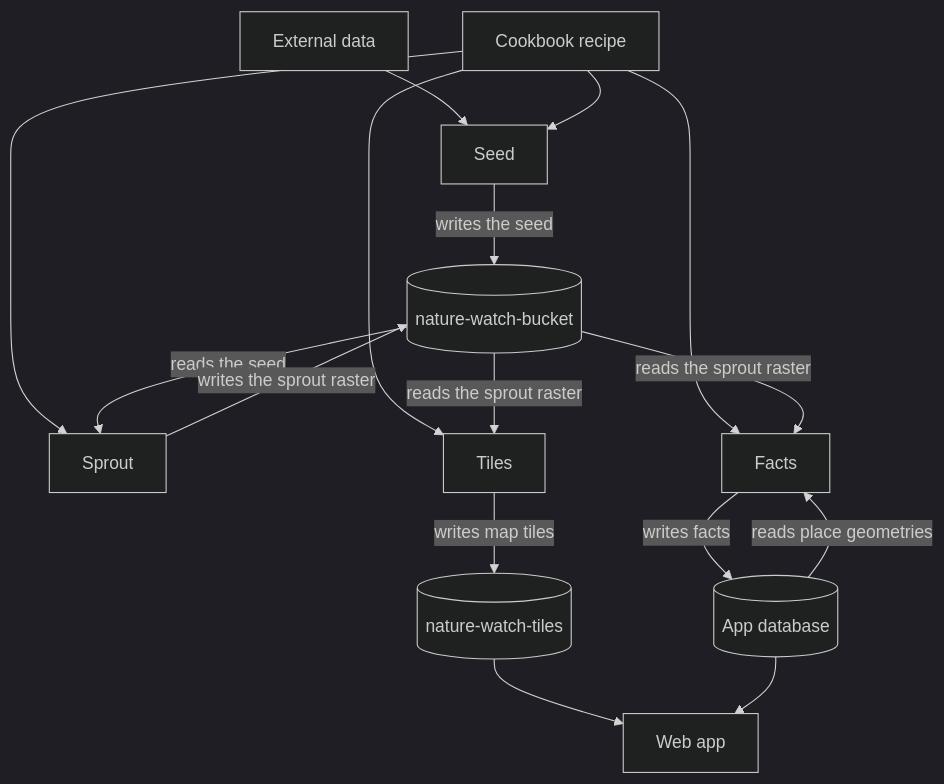
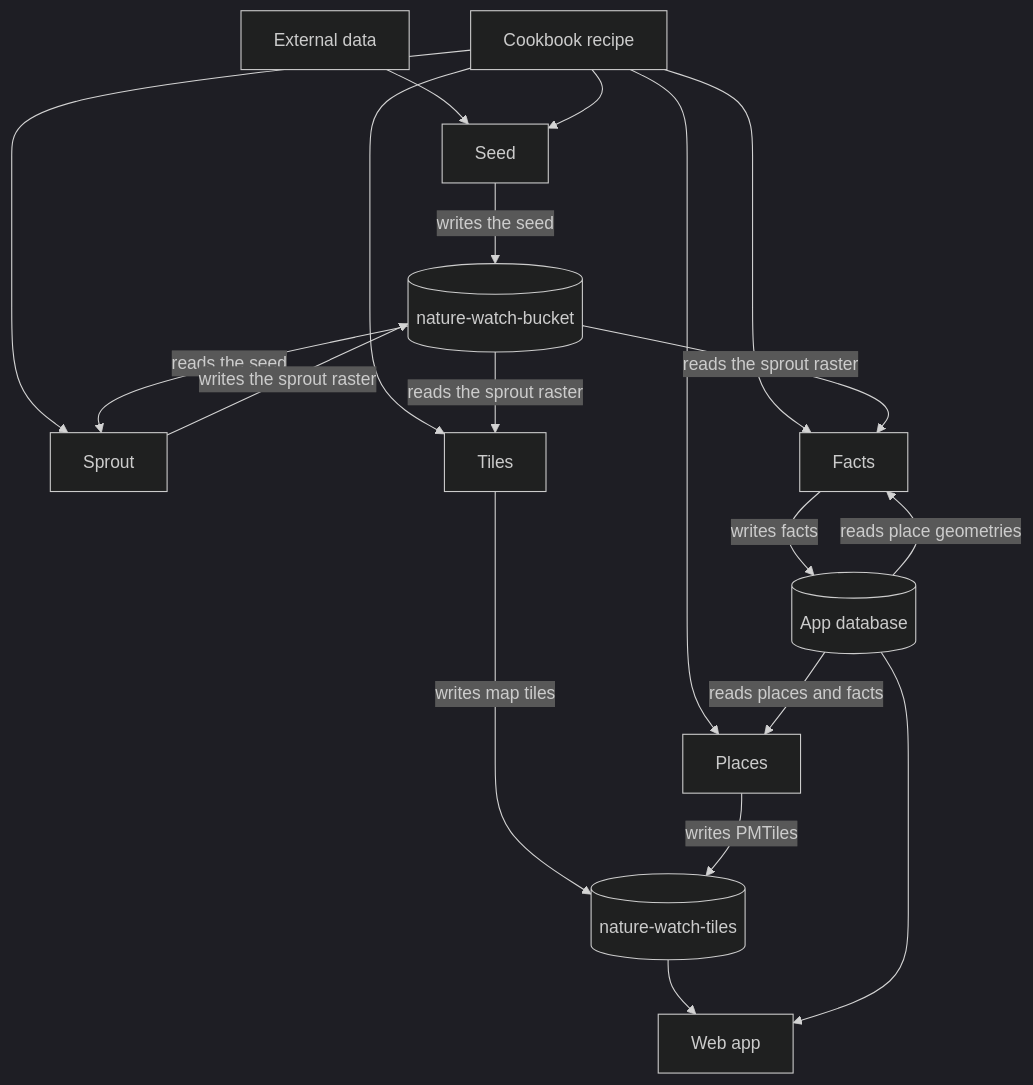
Before and after one commit to marynvdl/naturewatch-analysis: the first of 2 diagrams in docs/pipelines.md, drawn with Mermaid (dark theme). The commit also changed other lines of this file and 10 other files, not shown here.

````diff
--- a/docs/pipelines.md
+++ b/docs/pipelines.md
@@ -24,29 +24,33 @@
 ```mermaid
 flowchart TD
   external[External data]
   recipe[Cookbook recipe]
   seed[Seed]
   bucket[(nature-watch-bucket)]
   sprout[Sprout]
   facts[Facts]
   tiles[Tiles]
+  places[Places]
   tilesBucket[(nature-watch-tiles)]
   database[(App database)]
   app[Web app]
 
   external --> seed
   recipe --> seed
   recipe --> sprout
   recipe --> facts
   recipe --> tiles
+  recipe --> places
   seed -->|writes the seed| bucket
   bucket -->|reads the seed| sprout
   sprout -->|writes the sprout raster| bucket
   bucket -->|reads the sprout raster| facts
   bucket -->|reads the sprout raster| tiles
   database -->|reads place geometries| facts
   facts -->|writes facts| database
+  database -->|reads places and facts| places
   tiles -->|writes map tiles| tilesBucket
+  places -->|writes PMTiles| tilesBucket
   tilesBucket --> app
   database --> app
 ```
````
